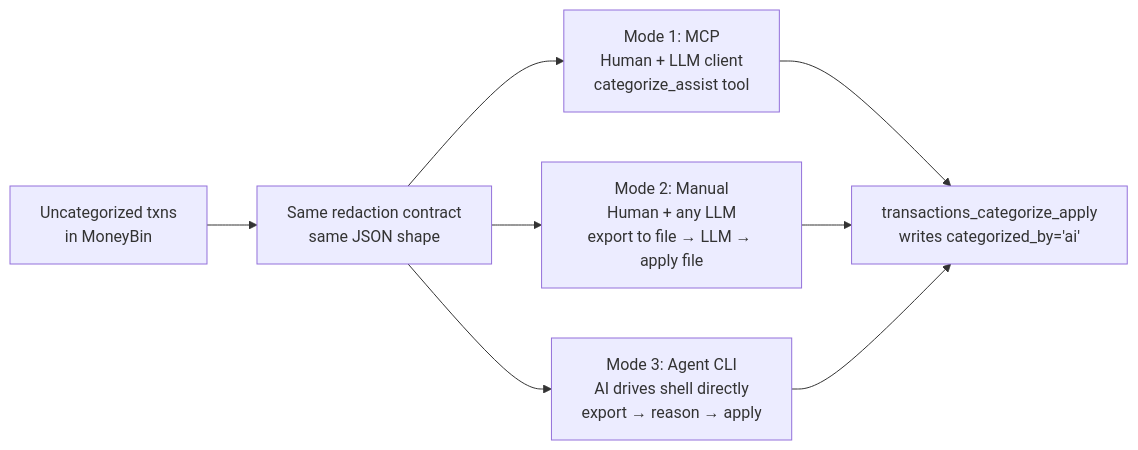
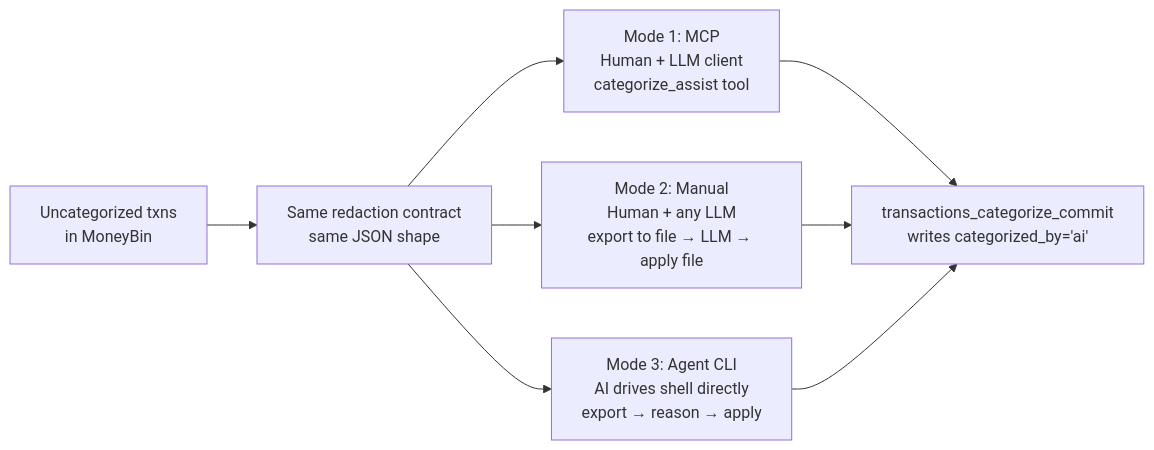
One commit to bsaffel/moneybin changed the eighth of 8 diagrams in docs/specs/categorization-cold-start.md. Above: the diagram before and after it, drawn with Mermaid. The commit also changed other lines of this file and 40 other files, not shown here.

First line of the commit message:
Categorize: _commit rename + _run umbrella + assist CLI parity (#171)

````diff
--- a/docs/specs/categorization-cold-start.md
+++ b/docs/specs/categorization-cold-start.md
@@ -325,11 +325,11 @@
 ```mermaid
 flowchart LR
     A[Uncategorized txns<br/>in MoneyBin] --> B[Same redaction contract<br/>same JSON shape]
     B --> M1[Mode 1: MCP<br/>Human + LLM client<br/>categorize_assist tool]
     B --> M2[Mode 2: Manual<br/>Human + any LLM<br/>export to file → LLM → apply file]
     B --> M3[Mode 3: Agent CLI<br/>AI drives shell directly<br/>export → reason → apply]
 
-    M1 --> C[transactions_categorize_apply<br/>writes categorized_by='ai']
+    M1 --> C[transactions_categorize_commit<br/>writes categorized_by='ai']
     M2 --> C
     M3 --> C
 ```
````
